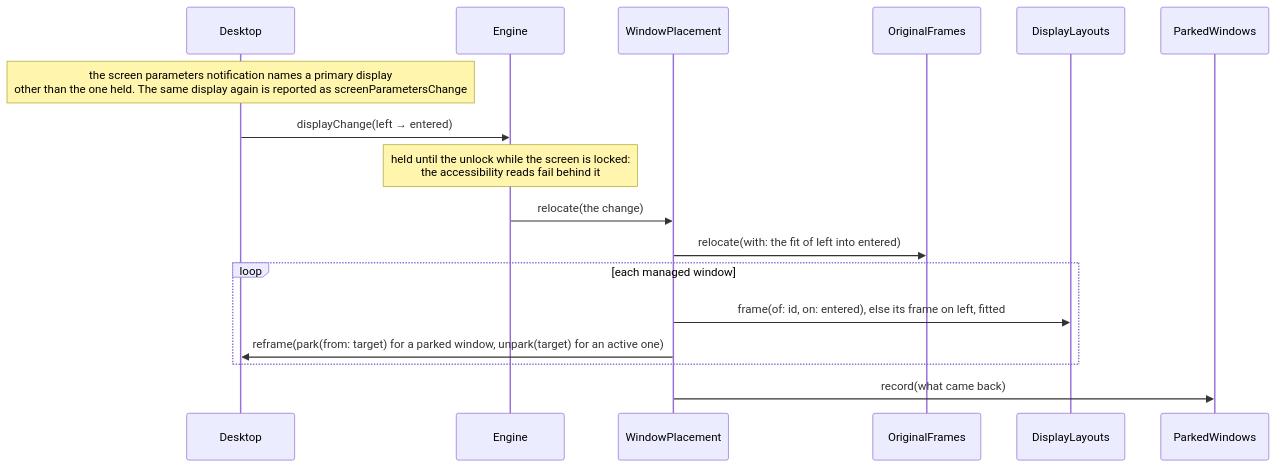
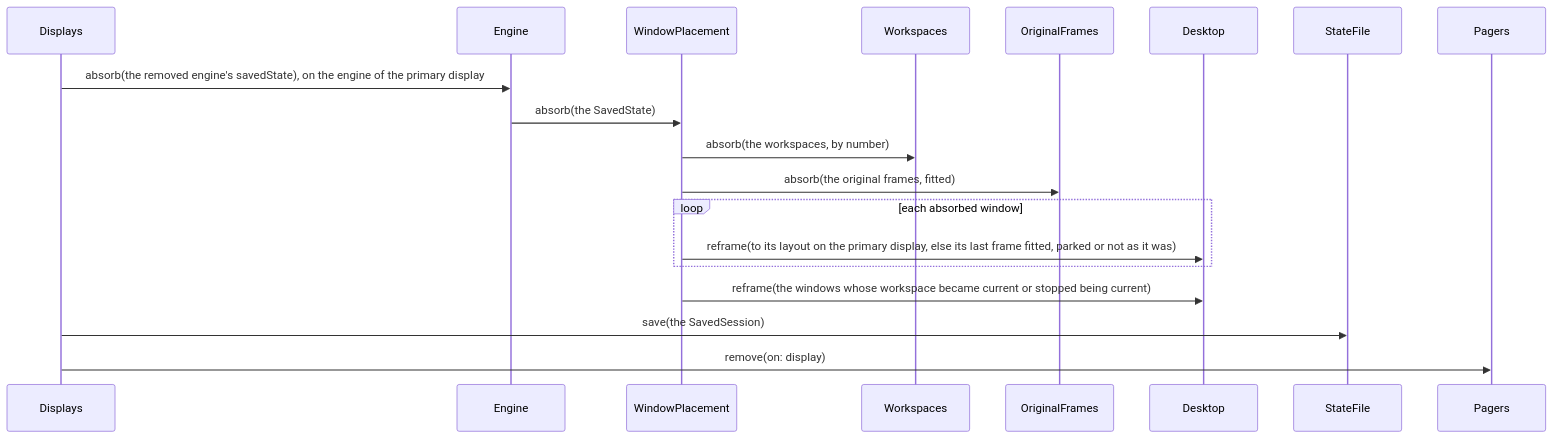
Diagram 17 of 25 in ARCHITECTURE.md (brennovich/ottowm), drawn with Mermaid before and after one commit. The commit also changed other lines of this file and 71 other files, not shown here.

First line of the commit message:
Run one engine and one Pager per display

````diff
--- a/ARCHITECTURE.md
+++ b/ARCHITECTURE.md
@@ -369,13 +418,13 @@
 ```mermaid
 sequenceDiagram
-    Note over Desktop: the screen parameters notification names a primary display<br/>other than the one held. The same display again is reported as screenParametersChange
-    Desktop->>Engine: displayChange(left → entered)
-    Note over Engine: held until the unlock while the screen is locked:<br/>the accessibility reads fail behind it
-    Engine->>WindowPlacement: relocate(the change)
-    WindowPlacement->>OriginalFrames: relocate(with: the fit of left into entered)
-    loop each managed window
-        WindowPlacement->>DisplayLayouts: frame(of: id, on: entered), else its frame on left, fitted
-        WindowPlacement->>Desktop: reframe(park(from: target) for a parked window, unpark(target) for an active one)
+    Displays->>Engine: absorb(the removed engine's savedState), on the engine of the primary display
+    Engine->>WindowPlacement: absorb(the SavedState)
+    WindowPlacement->>Workspaces: absorb(the workspaces, by number)
+    WindowPlacement->>OriginalFrames: absorb(the original frames, fitted)
+    loop each absorbed window
+        WindowPlacement->>Desktop: reframe(to its layout on the primary display, else its last frame fitted, parked or not as it was)
     end
-    WindowPlacement->>ParkedWindows: record(what came back)
+    WindowPlacement->>Desktop: reframe(the windows whose workspace became current or stopped being current)
+    Displays->>StateFile: save(the SavedSession)
+    Displays->>Pagers: remove(on: display)
 ```
````
